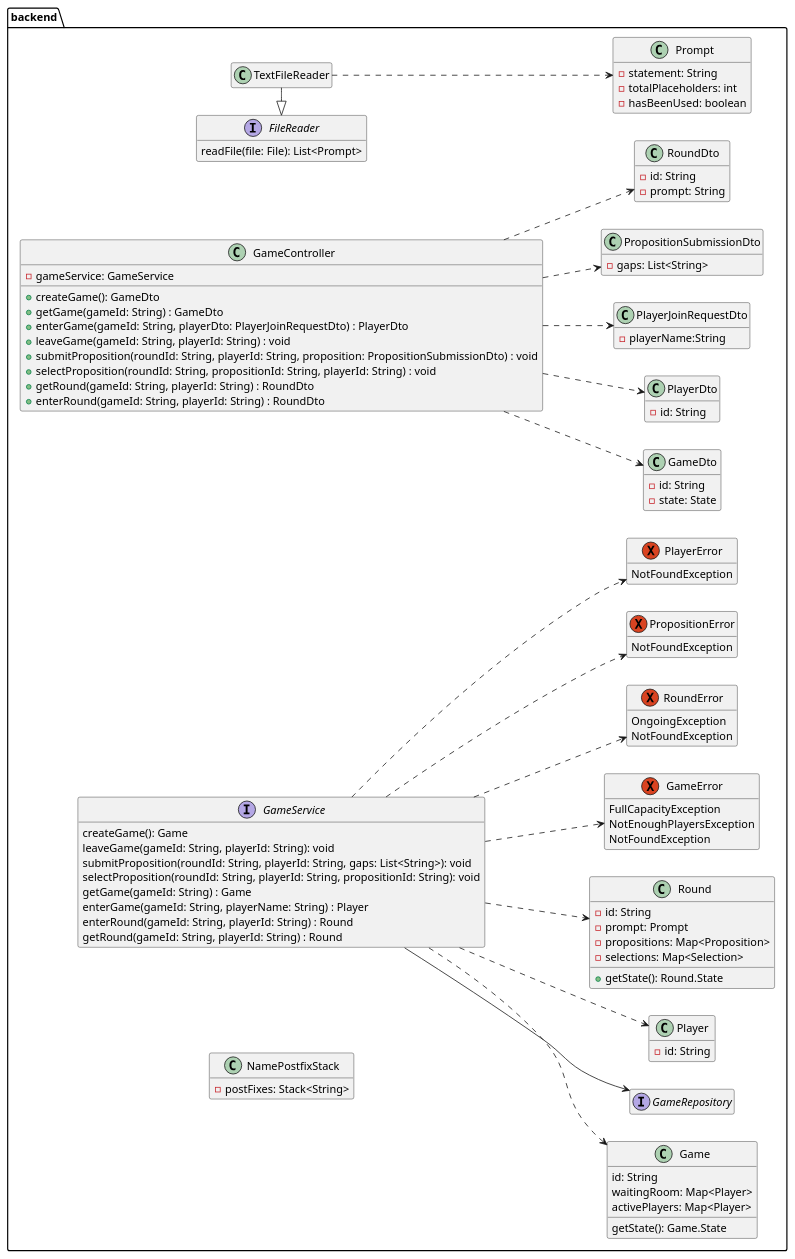
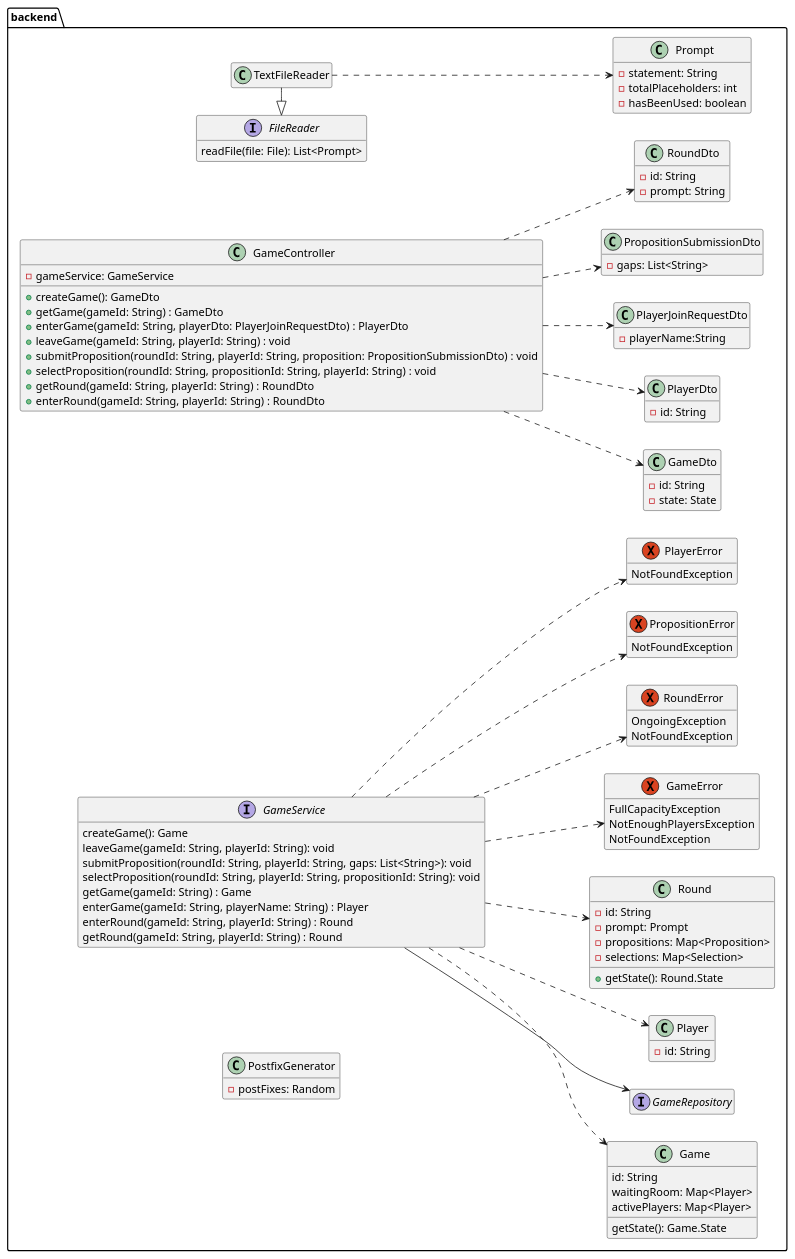
Before and after one commit to patrickwinti/worldwidewalter: the diagram in docs/diagrams/class_diagramm.plantuml, drawn with PlantUML.

Commit message:
made correction to UML, changed Postfixstack to postfixgenerator

```diff
--- a/docs/diagrams/class_diagramm.plantuml
+++ b/docs/diagrams/class_diagramm.plantuml
@@ -1,111 +1,111 @@
 @startuml
 package backend{
     left to right direction
 
     hide empty members
     class GameController {
         -gameService: GameService
         +createGame(): GameDto
         +getGame(gameId: String) : GameDto
         +enterGame(gameId: String, playerDto: PlayerJoinRequestDto) : PlayerDto
         +leaveGame(gameId: String, playerId: String) : void
         +submitProposition(roundId: String, playerId: String, proposition: PropositionSubmissionDto) : void
         +selectProposition(roundId: String, propositionId: String, playerId: String) : void
         +getRound(gameId: String, playerId: String) : RoundDto
         +enterRound(gameId: String, playerId: String) : RoundDto
     }
     class GameDto {
         -id: String
         -state: State
     }
     class Game {
         id: String
         waitingRoom: Map<Player>
         activePlayers: Map<Player>
         getState(): Game.State
     }
     class Prompt{
         -statement: String
         -totalPlaceholders: int
         -hasBeenUsed: boolean
     }
 
     interface GameService{
        createGame(): Game
        leaveGame(gameId: String, playerId: String): void
        submitProposition(roundId: String, playerId: String, gaps: List<String>): void
        selectProposition(roundId: String, playerId: String, propositionId: String): void
        getGame(gameId: String) : Game
        enterGame(gameId: String, playerName: String) : Player
        enterRound(gameId: String, playerId: String) : Round
        getRound(gameId: String, playerId: String) : Round
     }
     interface GameRepository
     class PlayerDto {
         -id: String
     }
     class PlayerJoinRequestDto {
         -playerName:String
     }
     class PropositionSubmissionDto {
         -gaps: List<String>
     }
     class RoundDto {
         -id: String
         -prompt: String
     }
     class Player {
         -id: String
     }
     class Round {
         -id: String
         -prompt: Prompt
         -propositions: Map<Proposition>
         -selections: Map<Selection>
         +getState(): Round.State
     }
-    class NamePostfixStack {
-        -postFixes: Stack<String>
+    class PostfixGenerator {
+        -postFixes: Random
     }
     exception GameError {
         FullCapacityException
         NotEnoughPlayersException
         NotFoundException
     }
     exception RoundError {
         OngoingException
         NotFoundException
     }
     exception PropositionError {
         NotFoundException
     }
     exception PlayerError {
         NotFoundException
     }
 
     interface FileReader{
         readFile(file: File): List<Prompt>
     }
 
     class TextFileReader
 
     GameController..>PlayerDto
     GameController..>PlayerJoinRequestDto
     GameController..>PropositionSubmissionDto
     GameController..>RoundDto
     GameController ..> GameDto
 
     GameService ..> Game
     GameService ..> Round
     GameService ..> Player
     GameService ..> GameError
     GameService ..> RoundError
     GameService ..> PlayerError
     GameService ..> PropositionError
     GameService --> GameRepository
 
     TextFileReader ..> Prompt
 }
 
     FileReader<|-TextFileReader
 @enduml
```
